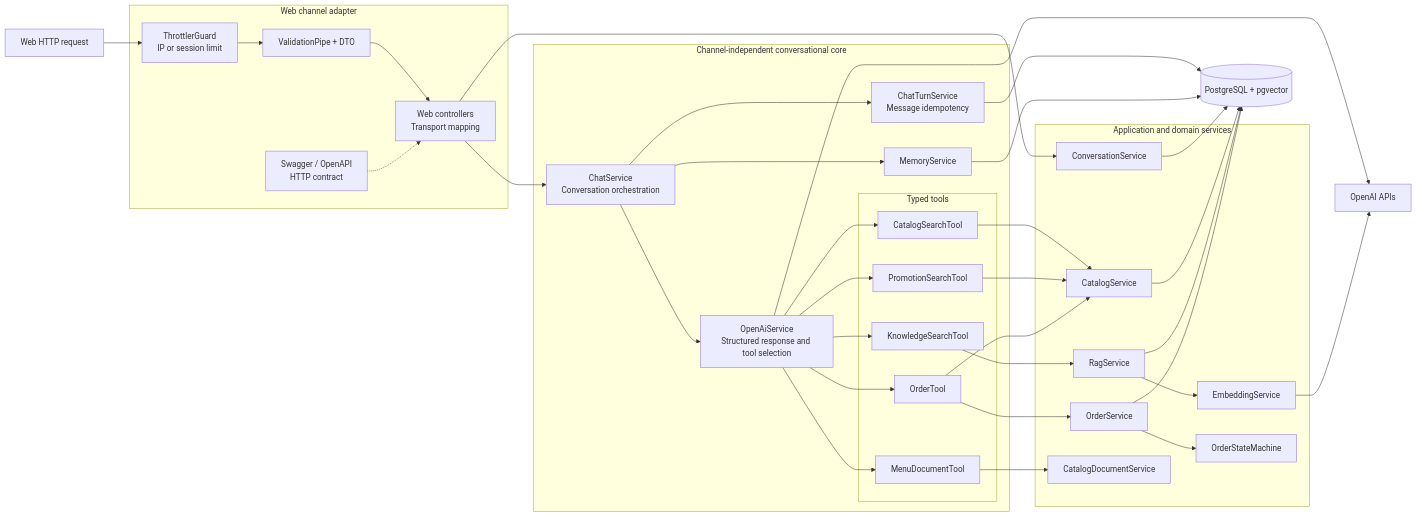
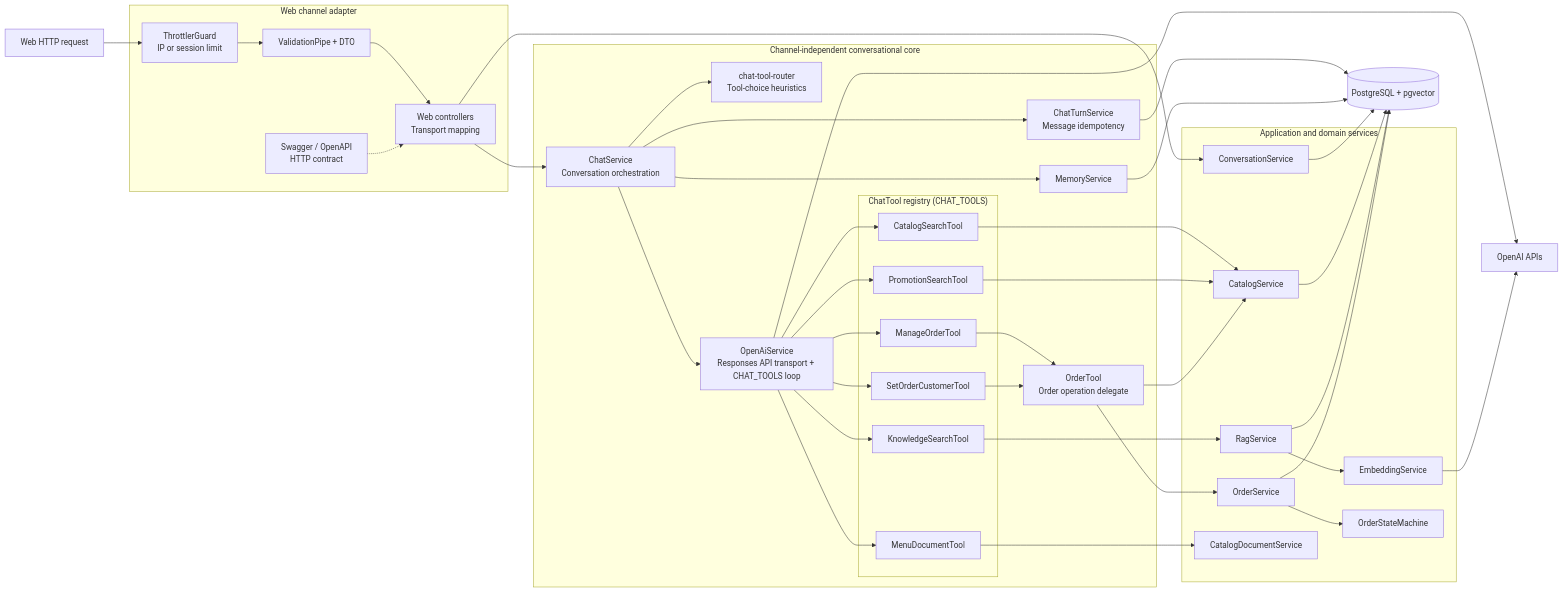
One commit to juanjosechiroque/nestjs-multichannel-ai-chatbot-engine changed the third of 5 diagrams in ARCHITECTURE.md. Above: the diagram before and after it, drawn with Mermaid. The commit also changed other lines of this file, not shown here.

Commit message:
docs: update c4 architecture

````diff
--- a/ARCHITECTURE.md
+++ b/ARCHITECTURE.md
@@ -84,55 +84,62 @@
 ```mermaid
 flowchart LR
     request["Web HTTP request"]
 
     subgraph channel["Web channel adapter"]
         limit["ThrottlerGuard<br/>IP or session limit"]
         validation["ValidationPipe + DTO"]
         controller["Web controllers<br/>Transport mapping"]
         openapi["Swagger / OpenAPI<br/>HTTP contract"]
     end
 
     subgraph core["Channel-independent conversational core"]
         chat["ChatService<br/>Conversation orchestration"]
         turns["ChatTurnService<br/>Message idempotency"]
-        provider["OpenAiService<br/>Structured response and tool selection"]
+        router["chat-tool-router<br/>Tool-choice heuristics"]
+        provider["OpenAiService<br/>Responses API transport + CHAT_TOOLS loop"]
         memory["MemoryService"]
 
-        subgraph tools["Typed tools"]
+        subgraph tools["ChatTool registry (CHAT_TOOLS)"]
+            knowledgeTool["KnowledgeSearchTool"]
             catalogTool["CatalogSearchTool"]
             promotionTool["PromotionSearchTool"]
-            knowledgeTool["KnowledgeSearchTool"]
             menuTool["MenuDocumentTool"]
-            orderTool["OrderTool"]
+            manageTool["ManageOrderTool"]
+            customerTool["SetOrderCustomerTool"]
         end
+
+        orderTool["OrderTool<br/>Order operation delegate"]
     end
 
     subgraph domain["Application and domain services"]
         conversation["ConversationService"]
         catalog["CatalogService"]
         rag["RagService"]
         embedding["EmbeddingService"]
         orders["OrderService"]
         state["OrderStateMachine"]
         document["CatalogDocumentService"]
     end
 
     postgres[("PostgreSQL + pgvector")]
     openai["OpenAI APIs"]
 
     request --> limit --> validation --> controller
     openapi -.-> controller
     controller --> conversation --> postgres
     controller --> chat
     chat --> turns --> postgres
     chat --> memory --> postgres
+    chat --> router
     chat --> provider --> openai
     provider --> catalogTool --> catalog --> postgres
     provider --> promotionTool --> catalog
     provider --> knowledgeTool --> rag --> postgres
     rag --> embedding --> openai
     provider --> menuTool --> document
-    provider --> orderTool --> catalog
+    provider --> manageTool --> orderTool
+    provider --> customerTool --> orderTool
+    orderTool --> catalog
     orderTool --> orders --> state
     orders --> postgres
 ```
````
